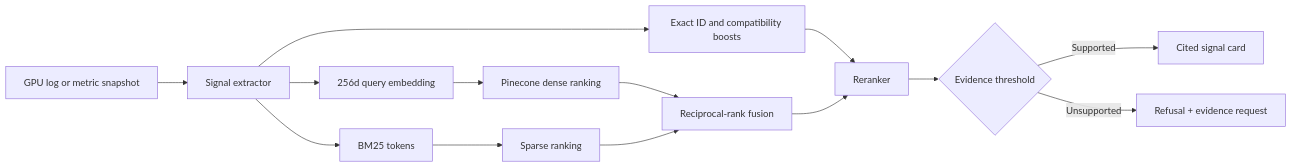
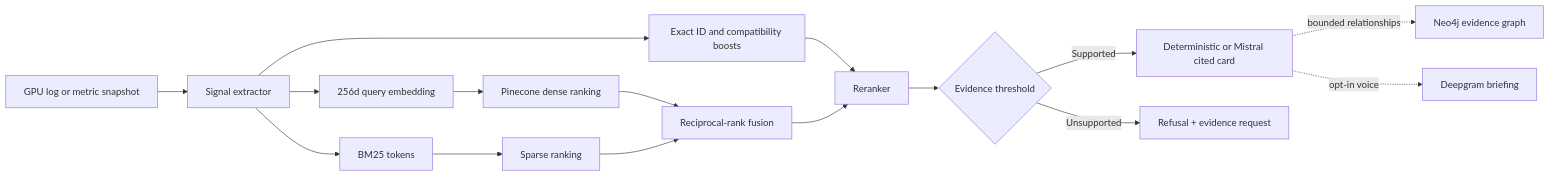
The diagram in README.md (sivalinb/gpu-signal-atlas), drawn with Mermaid before and after one commit. The commit also changed other lines of this file and 26 other files, not shown here.

````diff
--- a/README.md
+++ b/README.md
@@ -46,16 +50,18 @@
 ```mermaid
 flowchart LR
     A[GPU log or metric snapshot] --> B[Signal extractor]
     B --> C[256d query embedding]
     B --> D[BM25 tokens]
     C --> E[Pinecone dense ranking]
     D --> F[Sparse ranking]
     E --> G[Reciprocal-rank fusion]
     F --> G
     B --> H[Exact ID and compatibility boosts]
     H --> I[Reranker]
     G --> I
     I --> J{Evidence threshold}
-    J -->|Supported| K[Cited signal card]
+    J -->|Supported| K[Deterministic or Mistral cited card]
     J -->|Unsupported| L[Refusal + evidence request]
+    K -. bounded relationships .-> M[Neo4j evidence graph]
+    K -. opt-in voice .-> N[Deepgram briefing]
 ```
````
